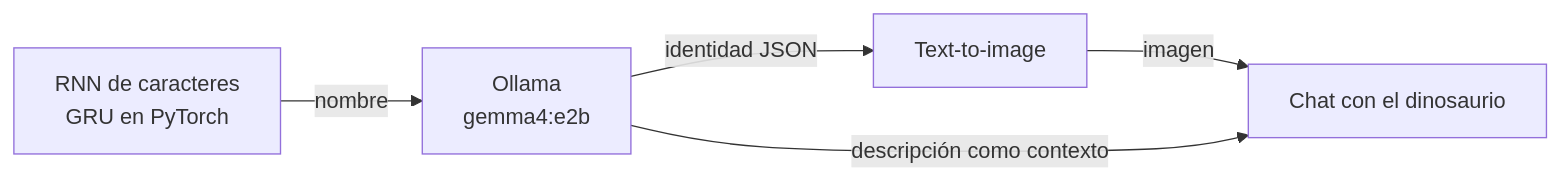
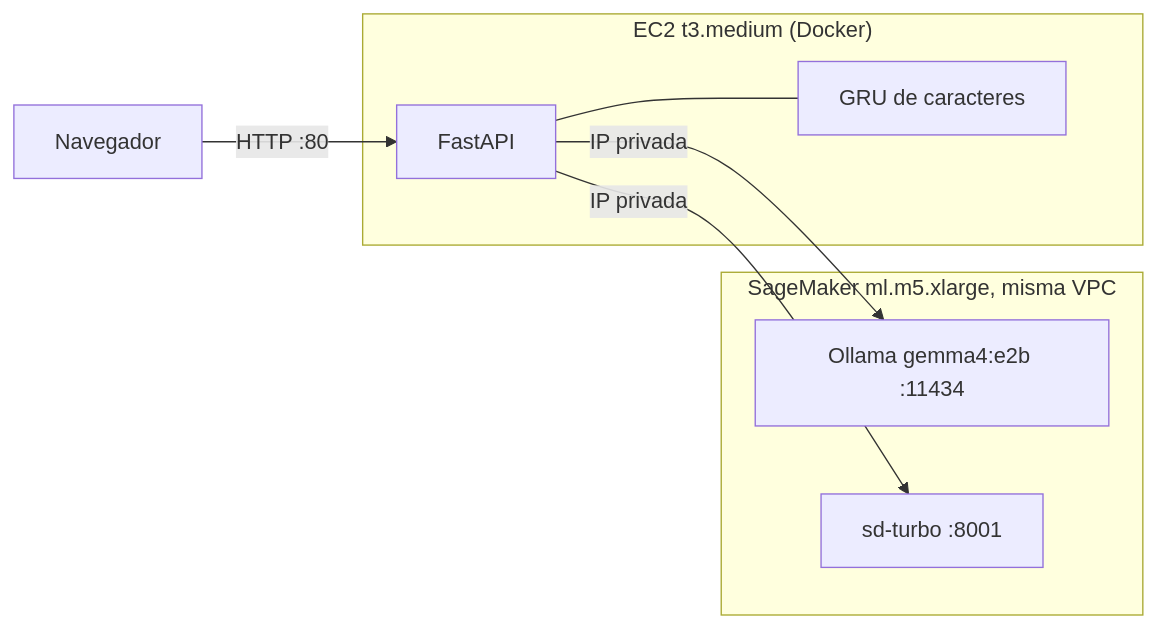
The first of 2 diagrams in README.md (Ooojulian/LabDino), drawn with Mermaid before and after one commit. The commit also changed other lines of this file and 12 other files, not shown here.

First line of the commit message:
Ficha de Doractodon generada en SageMaker, prompt de imagen con el nombre, rediseño del frontend y README

````diff
--- a/README.md
+++ b/README.md
@@ -8,7 +73,13 @@
 ```mermaid
 flowchart LR
-    A[RNN de caracteres<br/>GRU en PyTorch] -->|nombre| B[Ollama<br/>gemma4:e2b]
-    B -->|identidad JSON| C[Text-to-image]
-    C -->|imagen| D[Chat con el dinosaurio]
-    B -->|descripción como contexto| D
+    U[Navegador] -->|HTTP :80| A
+    subgraph EC2["EC2 t3.medium (Docker)"]
+        A[FastAPI] --- N[GRU de caracteres]
+    end
+    subgraph SM["SageMaker ml.m5.xlarge, misma VPC"]
+        O[Ollama gemma4:e2b :11434]
+        I[sd-turbo :8001]
+    end
+    A -->|IP privada| O
+    A -->|IP privada| I
 ```
````
